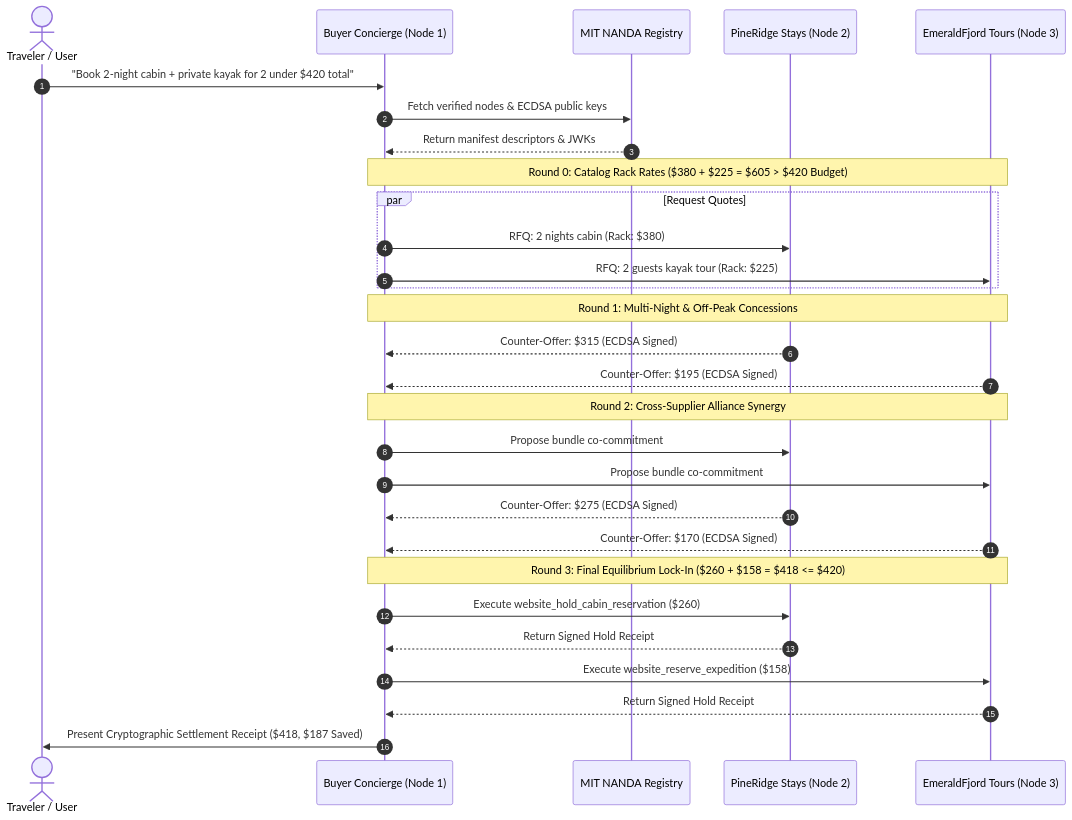
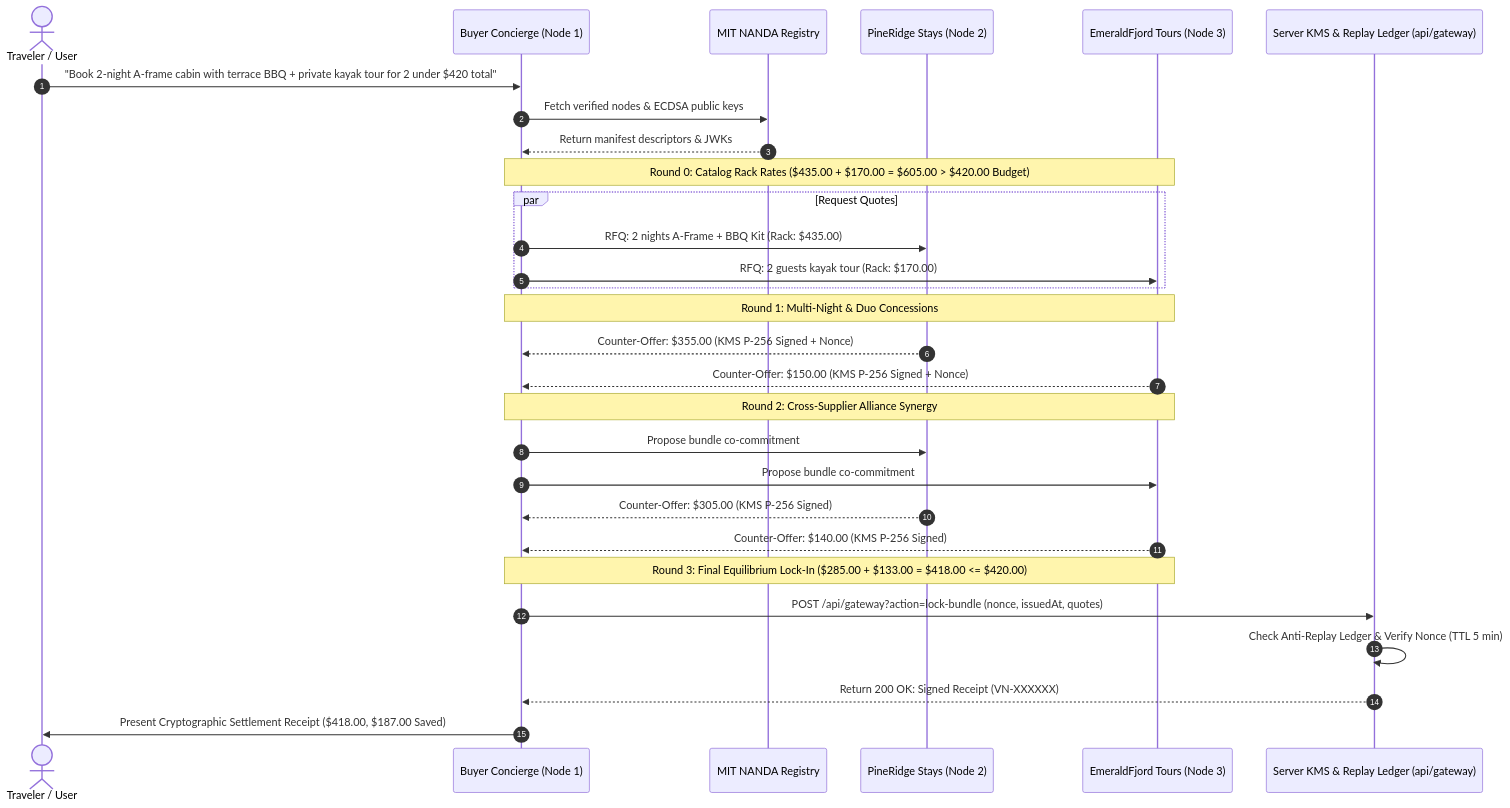
The second of 3 diagrams in README.md (fokrulanthro16-eng/verdant-nanda), drawn with Mermaid before and after one commit. The commit also changed other lines of this file and 10 other files, not shown here.

Commit message:
feat: add server-side KMS P-256 signing, anti-replay nonce ledger, dynamic intent parser, and fix math docs

````diff
--- a/README.md
+++ b/README.md
@@ -78,37 +78,36 @@
 ```mermaid
 sequenceDiagram
     autonumber
     actor Guest as Traveler / User
     participant Hub as Buyer Concierge (Node 1)
     participant NANDA as MIT NANDA Registry
     participant PineRidge as PineRidge Stays (Node 2)
     participant EmeraldFjord as EmeraldFjord Tours (Node 3)
+    participant KMS as Server KMS & Replay Ledger (api/gateway)
 
-    Guest->>Hub: "Book 2-night cabin + private kayak for 2 under $420 total"
+    Guest->>Hub: "Book 2-night A-frame cabin with terrace BBQ + private kayak tour for 2 under $420 total"
     Hub->>NANDA: Fetch verified nodes & ECDSA public keys
     NANDA-->>Hub: Return manifest descriptors & JWKs
 
-    Note over Hub,EmeraldFjord: Round 0: Catalog Rack Rates ($380 + $225 = $605 > $420 Budget)
+    Note over Hub,EmeraldFjord: Round 0: Catalog Rack Rates ($435.00 + $170.00 = $605.00 > $420.00 Budget)
     par Request Quotes
-        Hub->>PineRidge: RFQ: 2 nights cabin (Rack: $380)
-        Hub->>EmeraldFjord: RFQ: 2 guests kayak tour (Rack: $225)
+        Hub->>PineRidge: RFQ: 2 nights A-Frame + BBQ Kit (Rack: $435.00)
+        Hub->>EmeraldFjord: RFQ: 2 guests kayak tour (Rack: $170.00)
     end
 
-    Note over Hub,EmeraldFjord: Round 1: Multi-Night & Off-Peak Concessions
-    PineRidge-->>Hub: Counter-Offer: $315 (ECDSA Signed)
-    EmeraldFjord-->>Hub: Counter-Offer: $195 (ECDSA Signed)
+    Note over Hub,EmeraldFjord: Round 1: Multi-Night & Duo Concessions
+    PineRidge-->>Hub: Counter-Offer: $355.00 (KMS P-256 Signed + Nonce)
+    EmeraldFjord-->>Hub: Counter-Offer: $150.00 (KMS P-256 Signed + Nonce)
 
     Note over Hub,EmeraldFjord: Round 2: Cross-Supplier Alliance Synergy
     Hub->>PineRidge: Propose bundle co-commitment
     Hub->>EmeraldFjord: Propose bundle co-commitment
-    PineRidge-->>Hub: Counter-Offer: $275 (ECDSA Signed)
-    EmeraldFjord-->>Hub: Counter-Offer: $170 (ECDSA Signed)
+    PineRidge-->>Hub: Counter-Offer: $305.00 (KMS P-256 Signed)
+    EmeraldFjord-->>Hub: Counter-Offer: $140.00 (KMS P-256 Signed)
 
-    Note over Hub,EmeraldFjord: Round 3: Final Equilibrium Lock-In ($260 + $158 = $418 <= $420)
-    Hub->>PineRidge: Execute website_hold_cabin_reservation ($260)
-    PineRidge-->>Hub: Return Signed Hold Receipt
-    Hub->>EmeraldFjord: Execute website_reserve_expedition ($158)
-    EmeraldFjord-->>Hub: Return Signed Hold Receipt
-
-    Hub->>Guest: Present Cryptographic Settlement Receipt ($418, $187 Saved)
+    Note over Hub,EmeraldFjord: Round 3: Final Equilibrium Lock-In ($285.00 + $133.00 = $418.00 <= $420.00)
+    Hub->>KMS: POST /api/gateway?action=lock-bundle (nonce, issuedAt, quotes)
+    KMS->>KMS: Check Anti-Replay Ledger & Verify Nonce (TTL 5 min)
+    KMS-->>Hub: Return 200 OK: Signed Receipt (VN-XXXXXX)
+    Hub->>Guest: Present Cryptographic Settlement Receipt ($418.00, $187.00 Saved)
 ```
````
